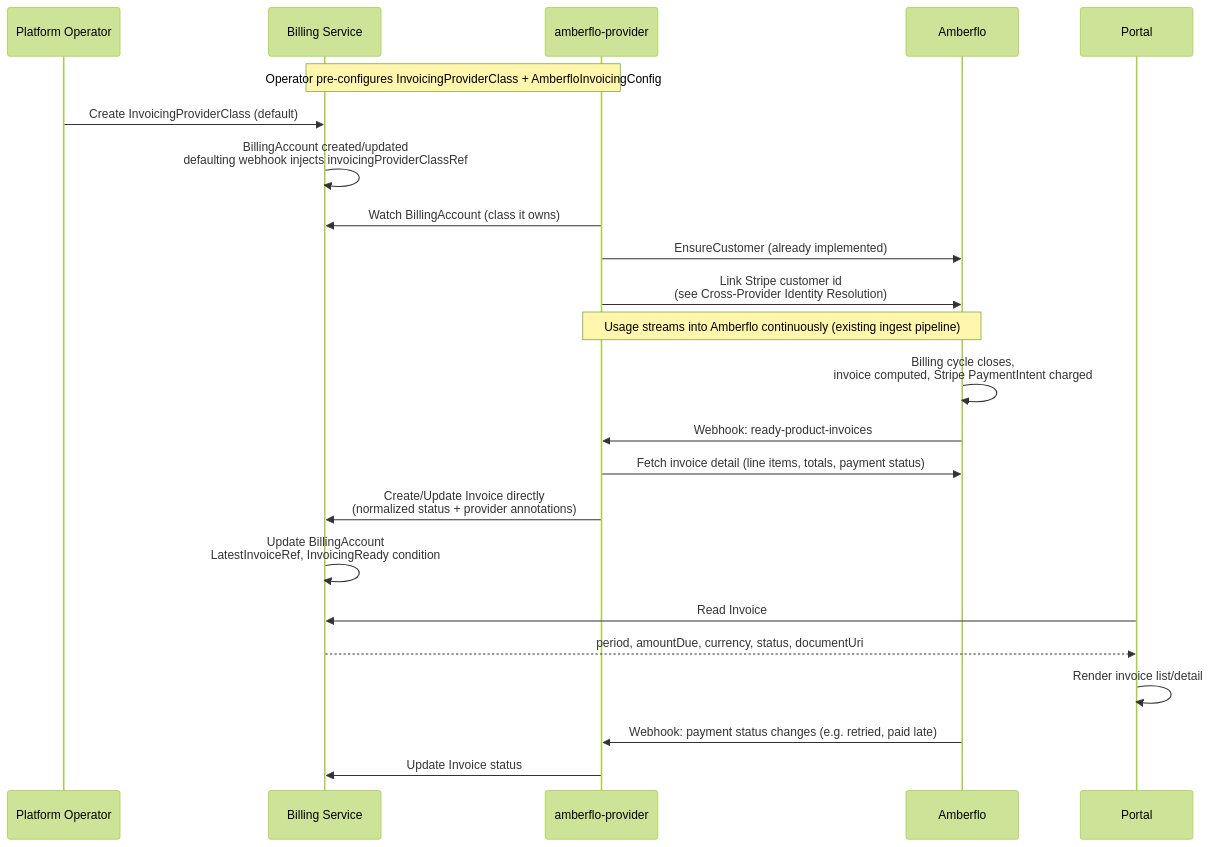
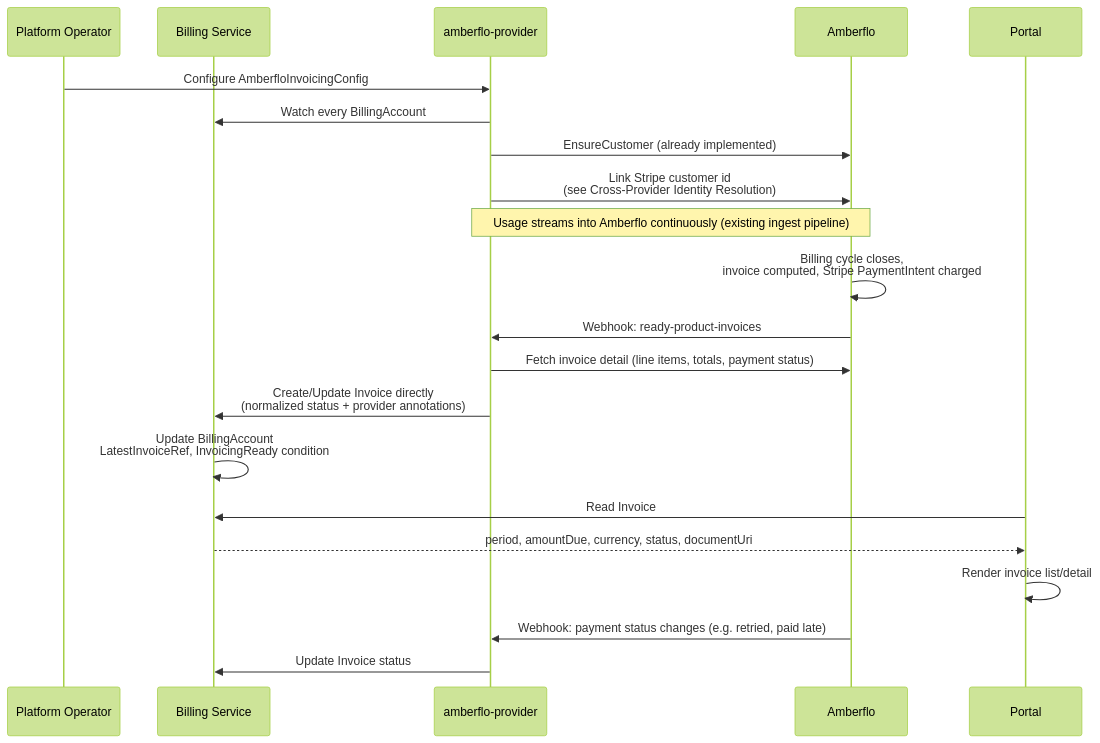
One commit to milo-os/billing changed the diagram in docs/enhancements/invoicing.md. Above: the diagram before and after it, drawn with Mermaid (forest theme). The commit also changed other lines of this file, not shown here.

First line of the commit message:
docs: drop InvoicingProviderClass, keep the doc product-focused

````diff
--- a/docs/enhancements/invoicing.md
+++ b/docs/enhancements/invoicing.md
@@ -120,32 +110,29 @@
 ```mermaid
 sequenceDiagram
     participant Ops as Platform Operator
     participant BillingSvc as Billing Service
     participant AmberfloProv as amberflo-provider
     participant Amberflo
     participant Portal
 
-    Note over BillingSvc,AmberfloProv: Operator pre-configures InvoicingProviderClass + AmberfloInvoicingConfig
+    Ops->>AmberfloProv: Configure AmberfloInvoicingConfig
 
-    Ops->>BillingSvc: Create InvoicingProviderClass (default)
-    BillingSvc->>BillingSvc: BillingAccount created/updated<br/>defaulting webhook injects invoicingProviderClassRef
-
-    AmberfloProv->>BillingSvc: Watch BillingAccount (class it owns)
+    AmberfloProv->>BillingSvc: Watch every BillingAccount
     AmberfloProv->>Amberflo: EnsureCustomer (already implemented)
     AmberfloProv->>Amberflo: Link Stripe customer id<br/>(see Cross-Provider Identity Resolution)
 
     Note over AmberfloProv,Amberflo: Usage streams into Amberflo continuously (existing ingest pipeline)
 
     Amberflo->>Amberflo: Billing cycle closes,<br/>invoice computed, Stripe PaymentIntent charged
     Amberflo->>AmberfloProv: Webhook: ready-product-invoices
     AmberfloProv->>Amberflo: Fetch invoice detail (line items, totals, payment status)
     AmberfloProv->>BillingSvc: Create/Update Invoice directly<br/>(normalized status + provider annotations)
     BillingSvc->>BillingSvc: Update BillingAccount<br/>LatestInvoiceRef, InvoicingReady condition
 
     Portal->>BillingSvc: Read Invoice
     BillingSvc-->>Portal: period, amountDue, currency, status, documentUri
     Portal->>Portal: Render invoice list/detail
 
     Amberflo->>AmberfloProv: Webhook: payment status changes (e.g. retried, paid late)
     AmberfloProv->>BillingSvc: Update Invoice status
 ```
````
